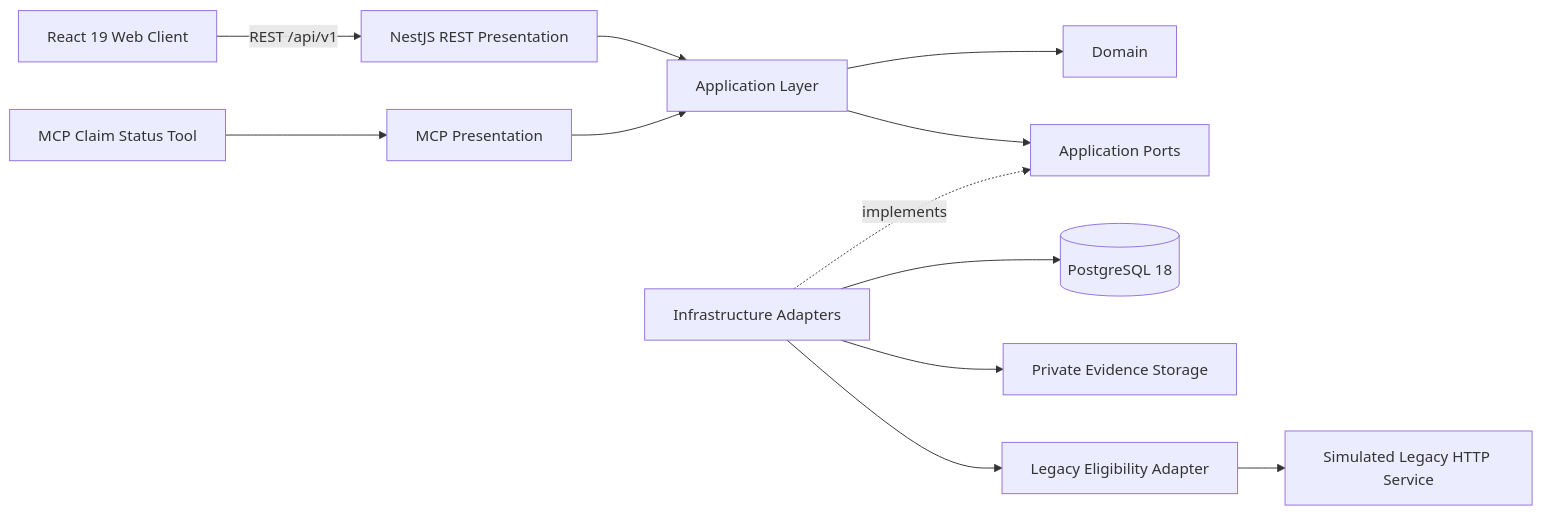
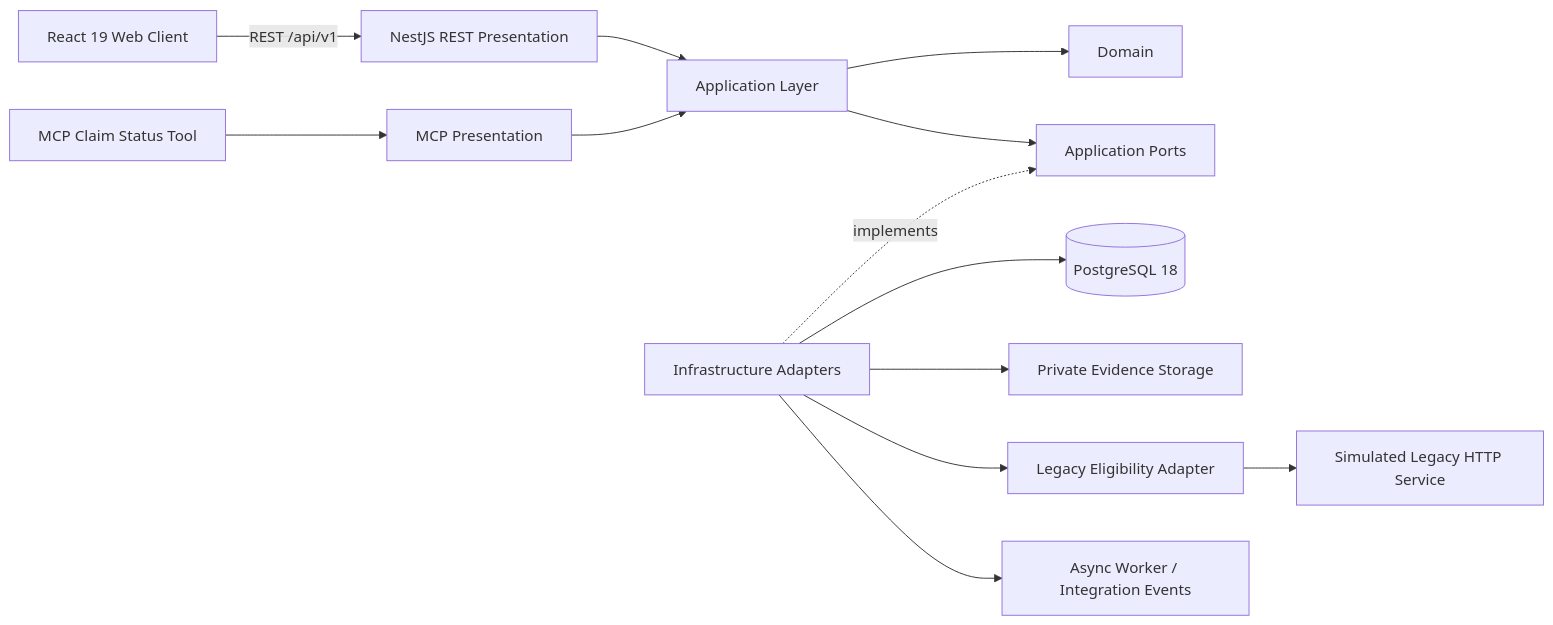
One commit to LuisHdezE/InsuranceClaims changed the diagram in documentation/portfolio/CASE_STUDY.md. Above: the diagram before and after it, drawn with Mermaid. The commit also changed other lines of this file and 3 other files, not shown here.

````diff
--- a/documentation/portfolio/CASE_STUDY.md
+++ b/documentation/portfolio/CASE_STUDY.md
@@ -29,16 +35,17 @@
 ```mermaid
 flowchart LR
     Web[React 19 Web Client] -->|REST /api/v1| REST[NestJS REST Presentation]
     MCP[MCP Claim Status Tool] --> MCPPres[MCP Presentation]
 
     REST --> App[Application Layer]
     MCPPres --> App
     App --> Domain[Domain]
     App --> Ports[Application Ports]
 
     Infra[Infrastructure Adapters] -. implements .-> Ports
     Infra --> PG[(PostgreSQL 18)]
     Infra --> Evidence[Private Evidence Storage]
     Infra --> LegacyAdapter[Legacy Eligibility Adapter]
+    Infra --> Worker[Async Worker / Integration Events]
     LegacyAdapter --> Legacy[Simulated Legacy HTTP Service]
 ```
````
